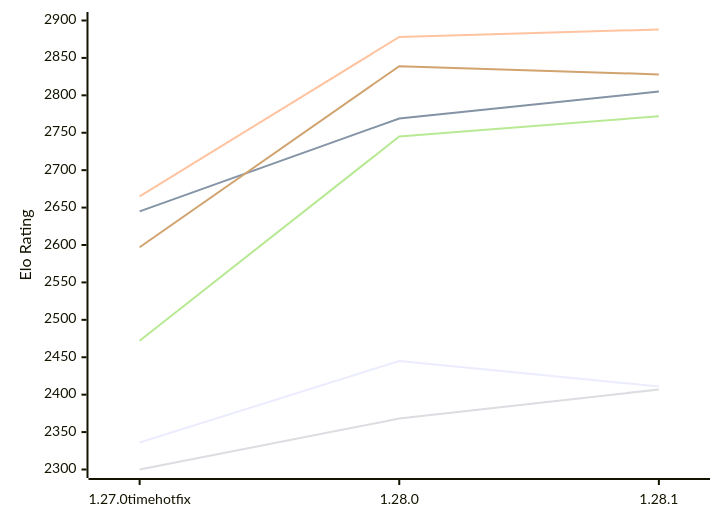
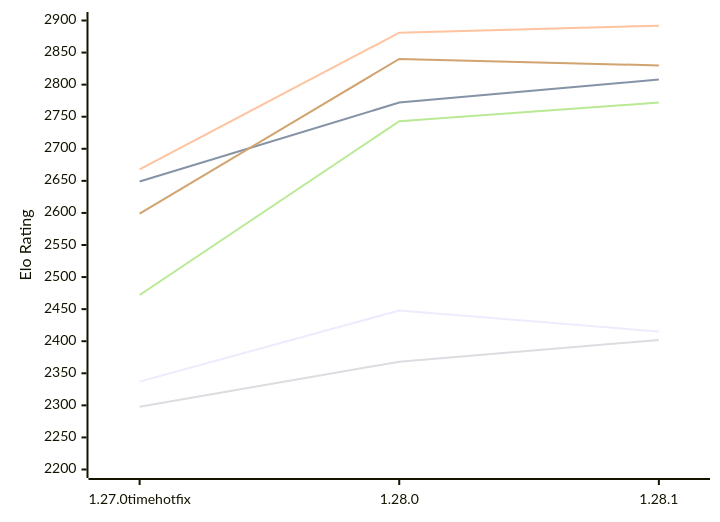
Before and after one commit to computer-chess-index/cci: the first of 2 diagrams in engines/Aurora.md, drawn with Mermaid. The commit also changed other lines of this file, not shown here.

Commit message:
Update CCI Ratings (ELO VLTC) - 2026-11-22

````diff
--- a/engines/Aurora.md
+++ b/engines/Aurora.md
@@ -52,12 +52,12 @@
 ```mermaid
 %%{init: {"theme":"base","themeVariables":{"seriesColors:['#a3a3a3','#222221','#faa371']}}}%%
 xychart-beta
   x-axis ["1.27.0timehotfix", "1.28.0", "1.28.1"]
-  y-axis "Elo Rating" 2300 --> 2900
-  line "E1: STC (8.0+0.08s)" [2336, 2445, 2411]
-  line "E1: LTC (60.0+0.60s)" [2645, 2769, 2805]
-  line "E1: VLTC (2m24s+1.12s)" [2665, 2878, 2888]
-  line "P1: STC (8.0+0.08s)" [2300, 2368, 2407]
-  line "P1: LTC (60.0+0.60s)" [2472, 2745, 2772]
-  line "P1: VLTC (2m24s+1.12s)" [2597, 2839, 2828]
+  y-axis "Elo Rating" 2200 --> 2900
+  line "E1: STC (8.0+0.08s)" [2337, 2448, 2415]
+  line "E1: LTC (60.0+0.60s)" [2649, 2772, 2808]
+  line "E1: VLTC (2m24s+1.12s)" [2668, 2881, 2892]
+  line "P1: STC (8.0+0.08s)" [2298, 2368, 2402]
+  line "P1: LTC (60.0+0.60s)" [2472, 2743, 2772]
+  line "P1: VLTC (2m24s+1.12s)" [2599, 2840, 2830]
 ```
````
